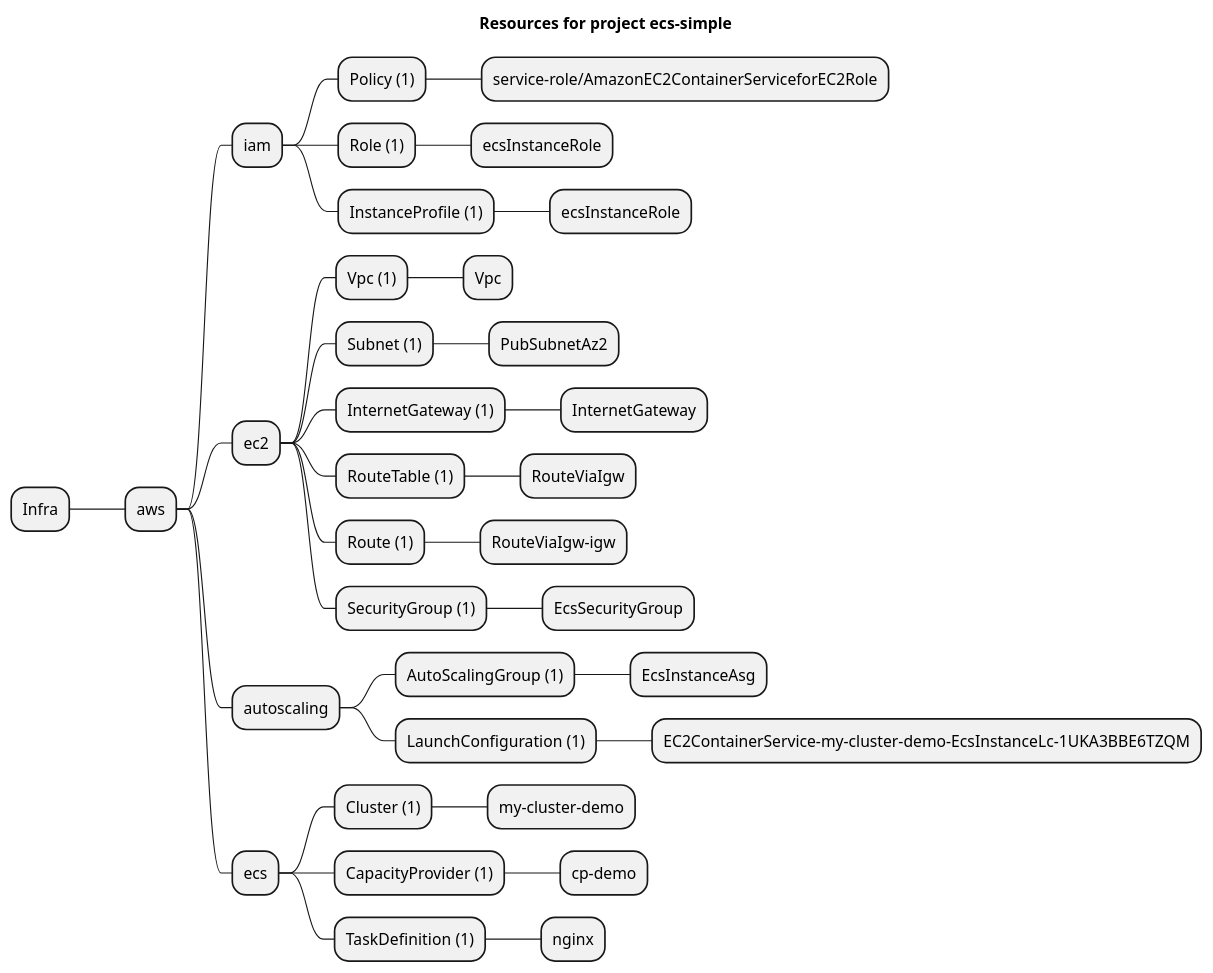
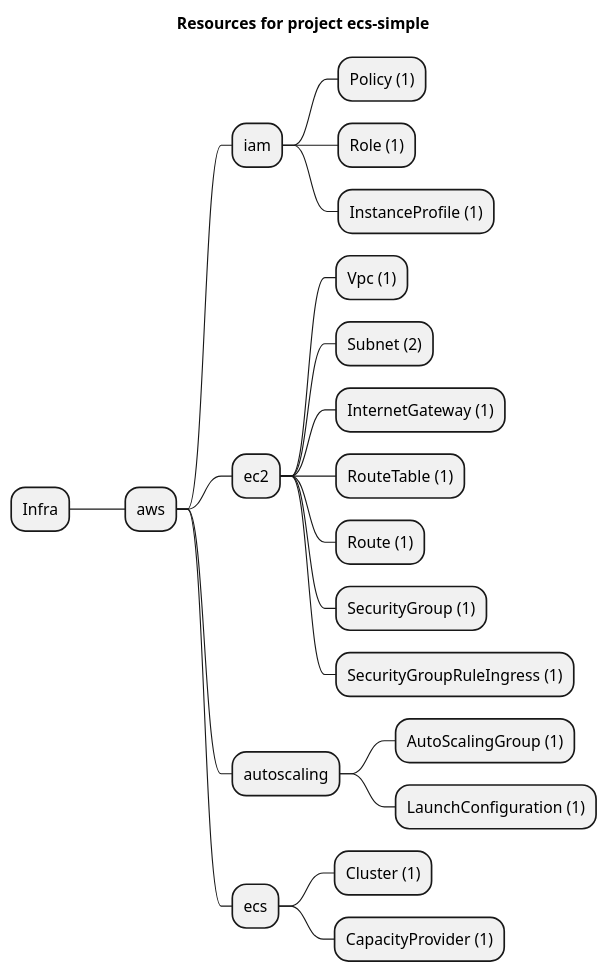
One commit to grucloud/grucloud changed the diagram in examples/aws/ecs/ecs-simple/artifacts/resources-mindmap.puml. Above: the diagram before and after it, drawn with PlantUML. The commit also changed 20 other files, not shown here.

```diff
--- a/examples/aws/ecs/ecs-simple/artifacts/resources-mindmap.puml
+++ b/examples/aws/ecs/ecs-simple/artifacts/resources-mindmap.puml
@@ -1,38 +1,24 @@
 @startmindmap
 title Resources for project ecs-simple
 skinparam monochrome true
 + Infra
 ++ aws
 +++ iam
 ++++ Policy (1)
-+++++ service-role/AmazonEC2ContainerServiceforEC2Role
 ++++ Role (1)
-+++++ ecsInstanceRole
 ++++ InstanceProfile (1)
-+++++ ecsInstanceRole
 +++ ec2
 ++++ Vpc (1)
-+++++ Vpc
-++++ Subnet (1)
-+++++ PubSubnetAz2
+++++ Subnet (2)
 ++++ InternetGateway (1)
-+++++ InternetGateway
 ++++ RouteTable (1)
-+++++ RouteViaIgw
 ++++ Route (1)
-+++++ RouteViaIgw-igw
 ++++ SecurityGroup (1)
-+++++ EcsSecurityGroup
+++++ SecurityGroupRuleIngress (1)
 +++ autoscaling
 ++++ AutoScalingGroup (1)
-+++++ EcsInstanceAsg
 ++++ LaunchConfiguration (1)
-+++++ EC2ContainerService-my-cluster-demo-EcsInstanceLc-1UKA3BBE6TZQM
 +++ ecs
 ++++ Cluster (1)
-+++++ my-cluster-demo
 ++++ CapacityProvider (1)
-+++++ cp-demo
-++++ TaskDefinition (1)
-+++++ nginx
 @endmindmap
```
